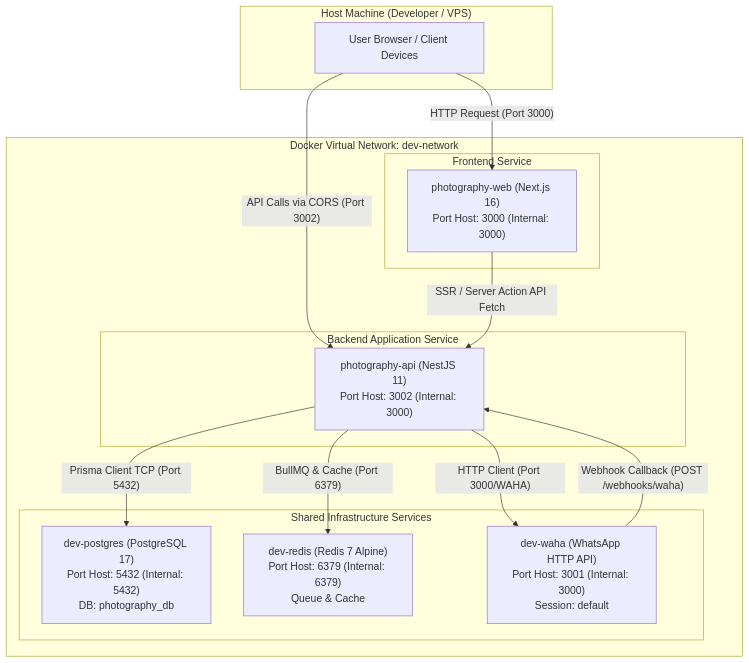
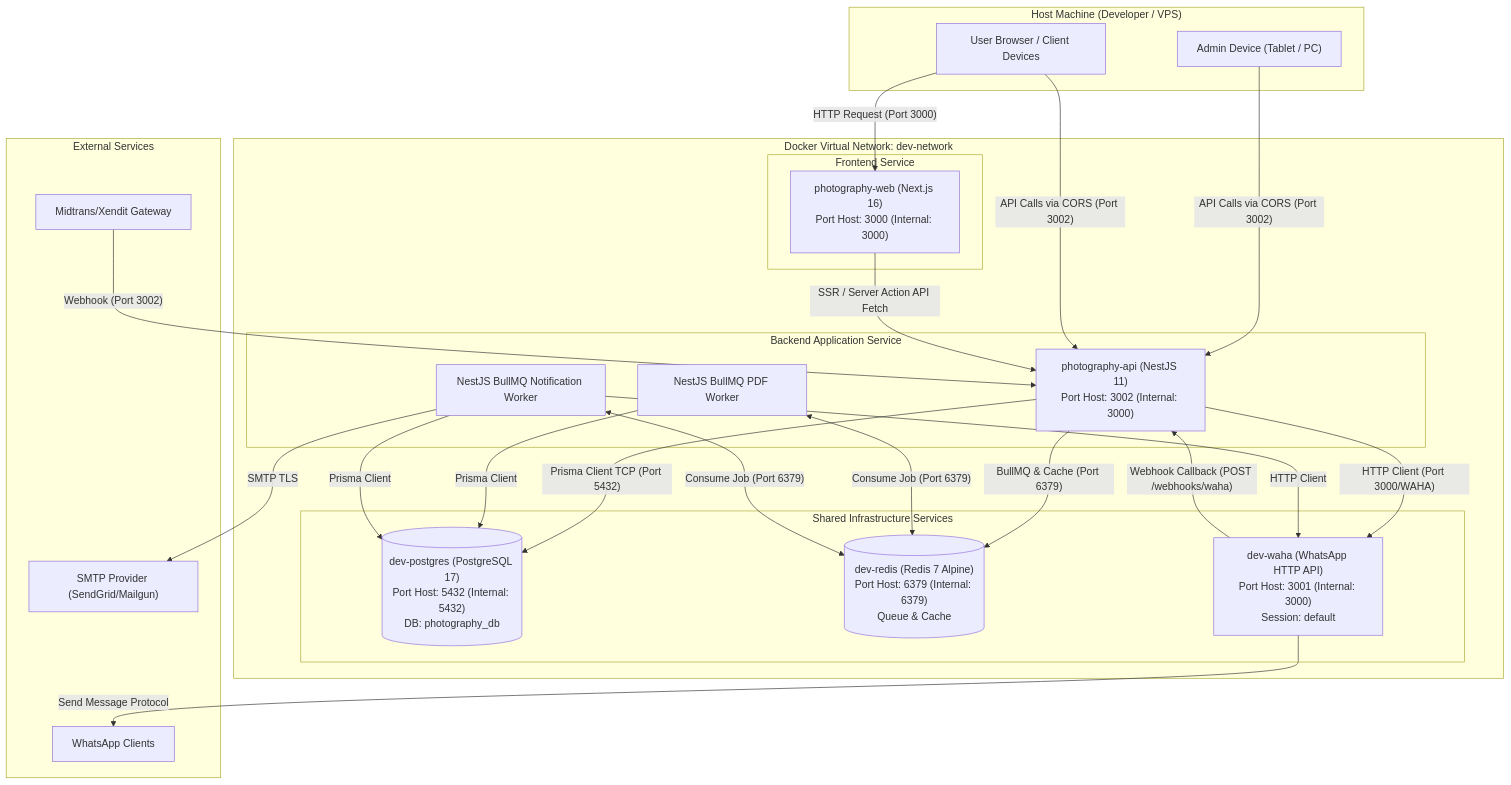
The first of 4 diagrams in docs/backend/02-ARCHITECTURE.md (Pejuang-Saas/photography-web), drawn with Mermaid before and after one commit. The commit also changed other lines of this file and 11 other files, not shown here.

Commit message:
docs: improve all documentation with deeper detail, examples, diagrams, and completeness

````diff
--- a/docs/backend/02-ARCHITECTURE.md
+++ b/docs/backend/02-ARCHITECTURE.md
@@ -15,30 +15,53 @@
 ```mermaid
 flowchart TD
     subgraph Host_Machine ["Host Machine (Developer / VPS)"]
         Browser["User Browser / Client Devices"]
+        AdminDevice["Admin Device (Tablet / PC)"]
+    end
+
+    subgraph External ["External Services"]
+        EmailSMTP["SMTP Provider (SendGrid/Mailgun)"]
+        MetaAPI["WhatsApp Clients"]
+        PaymentGateway["Midtrans/Xendit Gateway"]
     end
 
     subgraph Docker_Dev_Network ["Docker Virtual Network: dev-network"]
         subgraph Web_Tier ["Frontend Service"]
-            NextApp["photography-web (Next.js 16)<br/>Port Host: 3000 (Internal: 3000)"]
+        NextApp["photography-web (Next.js 16)<br/>Port Host: 3000 (Internal: 3000)"]
         end
 
         subgraph API_Tier ["Backend Application Service"]
-            NestApp["photography-api (NestJS 11)<br/>Port Host: 3002 (Internal: 3000)"]
+        NestApp["photography-api (NestJS 11)<br/>Port Host: 3002 (Internal: 3000)"]
+        PDFWorker["NestJS BullMQ PDF Worker"]
+        NotificationWorker["NestJS BullMQ Notification Worker"]
         end
 
         subgraph Infra_Tier ["Shared Infrastructure Services"]
-            Postgres["dev-postgres (PostgreSQL 17)<br/>Port Host: 5432 (Internal: 5432)<br/>DB: photography_db"]
-            Redis["dev-redis (Redis 7 Alpine)<br/>Port Host: 6379 (Internal: 6379)<br/>Queue & Cache"]
-            WAHA["dev-waha (WhatsApp HTTP API)<br/>Port Host: 3001 (Internal: 3000)<br/>Session: default"]
+        Postgres[("dev-postgres (PostgreSQL 17)<br/>Port Host: 5432 (Internal: 5432)<br/>DB: photography_db")]
+        Redis[("dev-redis (Redis 7 Alpine)<br/>Port Host: 6379 (Internal: 6379)<br/>Queue & Cache")]
+        WAHA["dev-waha (WhatsApp HTTP API)<br/>Port Host: 3001 (Internal: 3000)<br/>Session: default"]
         end
     end
 
     Browser -->|"HTTP Request (Port 3000)"| NextApp
+    AdminDevice -->|"API Calls via CORS (Port 3002)"| NestApp
     Browser -->|"API Calls via CORS (Port 3002)"| NestApp
+    PaymentGateway -->|"Webhook (Port 3002)"| NestApp
+    
     NextApp -->|"SSR / Server Action API Fetch"| NestApp
+    
     NestApp -->|"Prisma Client TCP (Port 5432)"| Postgres
+    PDFWorker -->|"Prisma Client"| Postgres
+    NotificationWorker -->|"Prisma Client"| Postgres
+    
     NestApp -->|"BullMQ & Cache (Port 6379)"| Redis
+    PDFWorker <-->|"Consume Job (Port 6379)"| Redis
+    NotificationWorker <-->|"Consume Job (Port 6379)"| Redis
+    
     NestApp -->|"HTTP Client (Port 3000/WAHA)"| WAHA
+    NotificationWorker -->|"HTTP Client"| WAHA
     WAHA -->|"Webhook Callback (POST /webhooks/waha)"| NestApp
+    
+    NotificationWorker -->|"SMTP TLS"| EmailSMTP
+    WAHA -->|"Send Message Protocol"| MetaAPI
 ```
````
